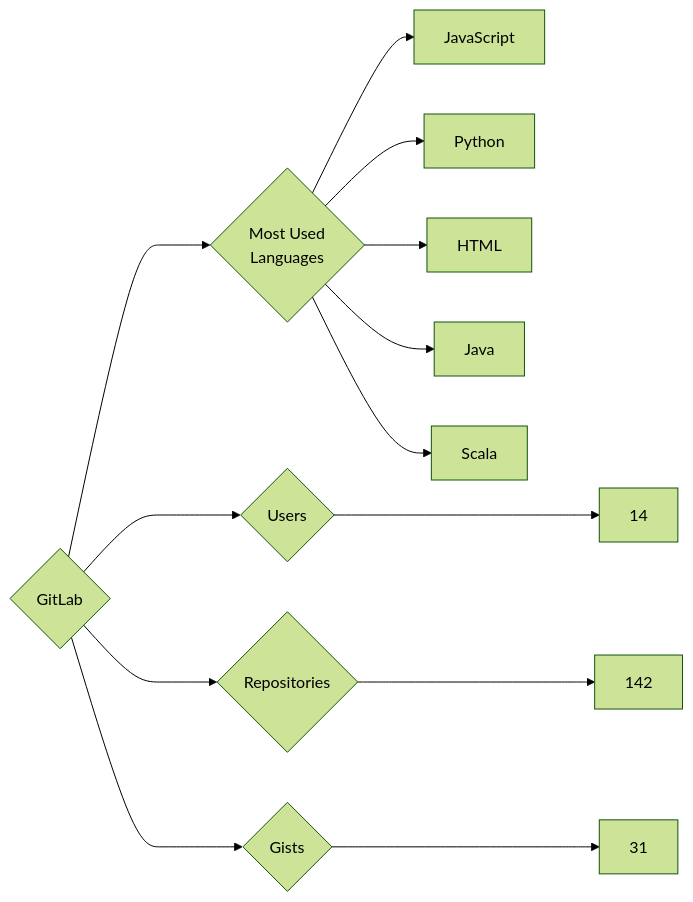
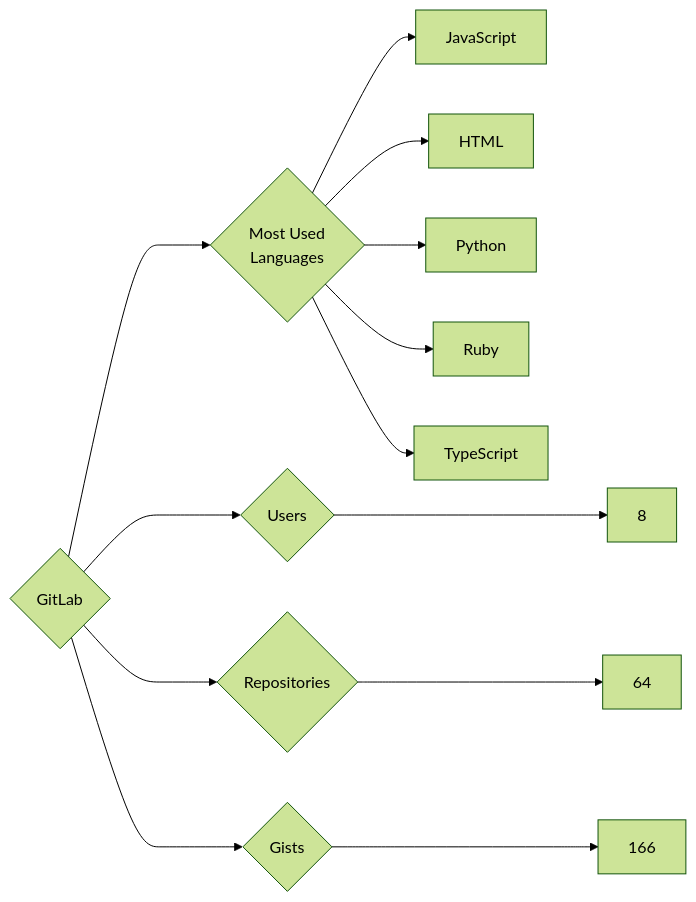
The diagram in targets/GitLab/README.md (trickest/insiders), drawn with Mermaid (forest theme) before and after one commit. The commit also changed 752 other files, not shown here.

````diff
--- a/targets/GitLab/README.md
+++ b/targets/GitLab/README.md
@@ -3,13 +3,13 @@
 ```mermaid
 graph LR
 COMPANY_NAME{GitLab}
-COMPANY_NAME ---> U{Users} ---> UN[14]
-COMPANY_NAME ---> R{Repositories} ---> RN[142]
-COMPANY_NAME ---> G{Gists} ---> GN[31]
+COMPANY_NAME ---> U{Users} ---> UN[8]
+COMPANY_NAME ---> R{Repositories} ---> RN[64]
+COMPANY_NAME ---> G{Gists} ---> GN[166]
 COMPANY_NAME ---> ML{Most Used<br>Languages}
 ML --> JavaScript[JavaScript]
+ML --> HTML[HTML]
 ML --> Python[Python]
-ML --> HTML[HTML]
-ML --> Java[Java]
-ML --> Scala[Scala]
+ML --> Ruby[Ruby]
+ML --> TypeScript[TypeScript]
 ```
````
